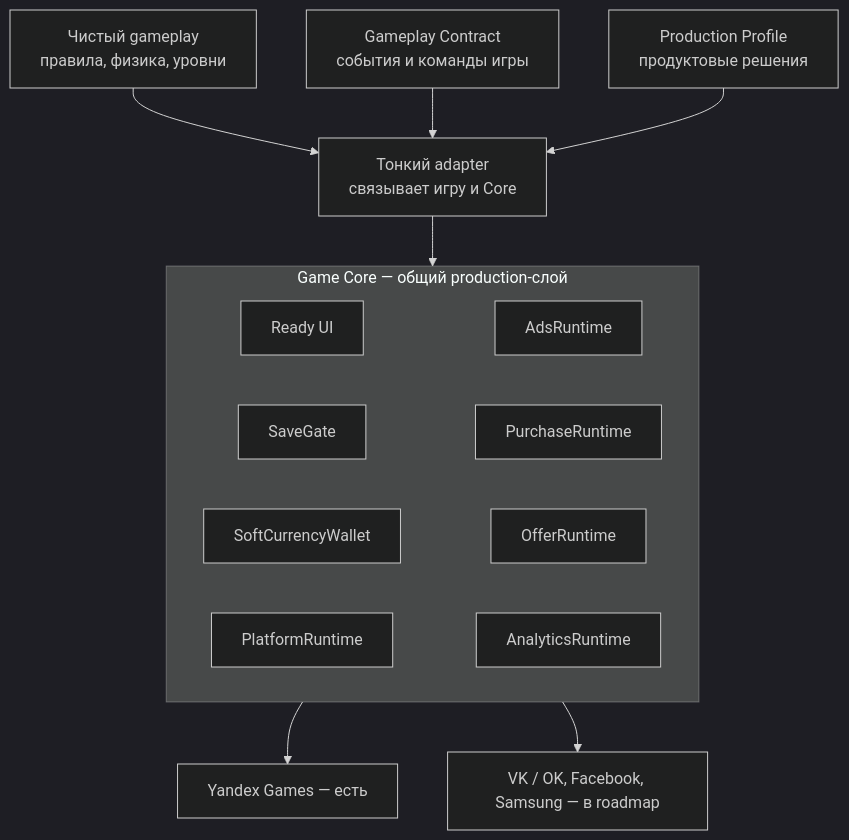
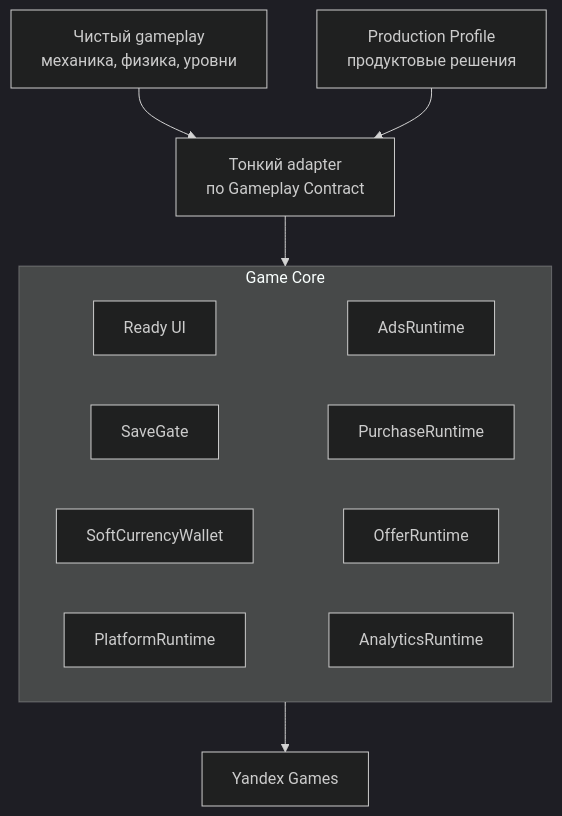
Before and after one commit to djeckychan96/game-core: the diagram in README.md, drawn with Mermaid (dark theme). The commit also changed other lines of this file, not shown here.

First line of the commit message:
docs: simplify Game Core README

````diff
--- a/README.md
+++ b/README.md
@@ -17,32 +14,28 @@
 ```mermaid
 flowchart TB
-    G["Чистый gameplay<br/>правила, физика, уровни"]
-    C["Gameplay Contract<br/>события и команды игры"]
+    G["Чистый gameplay<br/>механика, физика, уровни"]
     P["Production Profile<br/>продуктовые решения"]
-    A["Тонкий adapter<br/>связывает игру и Core"]
+    A["Тонкий adapter<br/>по Gameplay Contract"]
 
-    subgraph CORE["Game Core — общий production-слой"]
+    subgraph CORE["Game Core"]
         UI["Ready UI"]
         SG["SaveGate"]
         W["SoftCurrencyWallet"]
         PL["PlatformRuntime"]
         ADS["AdsRuntime"]
         PUR["PurchaseRuntime"]
         OFF["OfferRuntime"]
         AN["AnalyticsRuntime"]
         UI ~~~ ADS
         SG ~~~ PUR
         W ~~~ OFF
         PL ~~~ AN
     end
 
-    Y["Yandex Games — есть"]
-    F["VK / OK, Facebook, Samsung — в roadmap"]
+    Y["Yandex Games"]
 
     G --> A
-    C --> A
     P --> A
     A --> CORE
     CORE --> Y
-    CORE --> F
 ```
````
